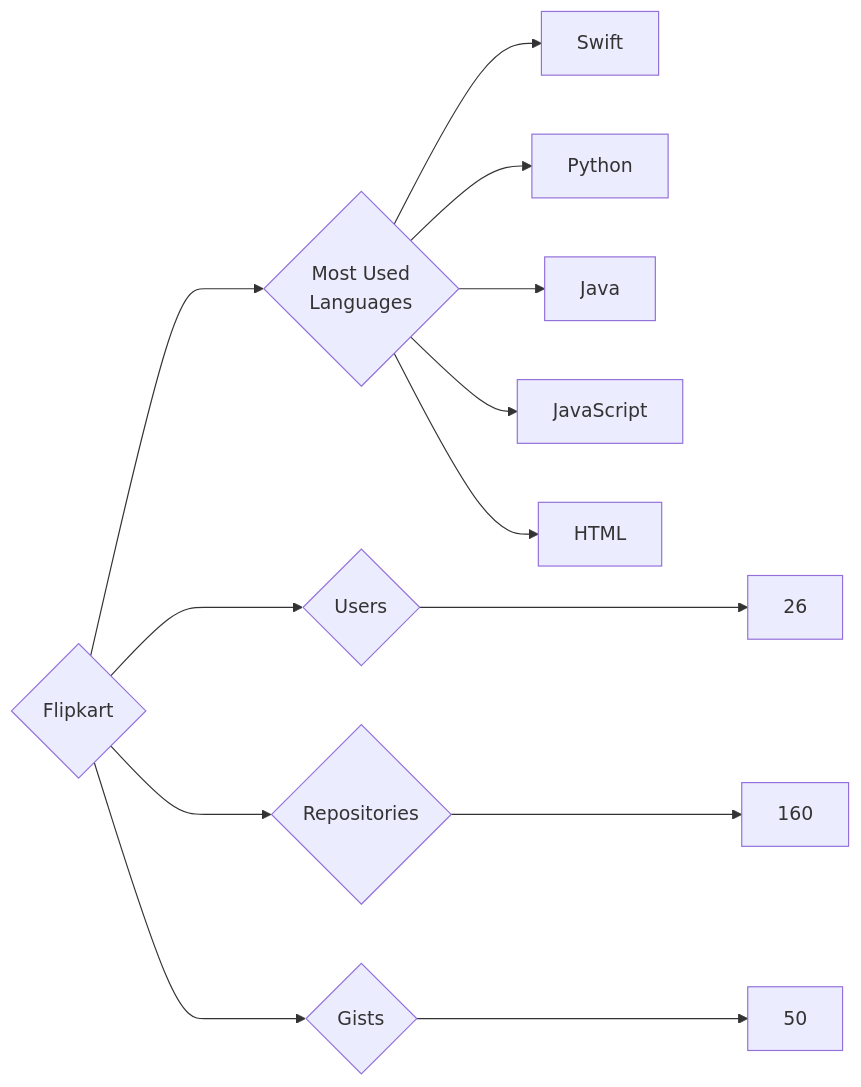
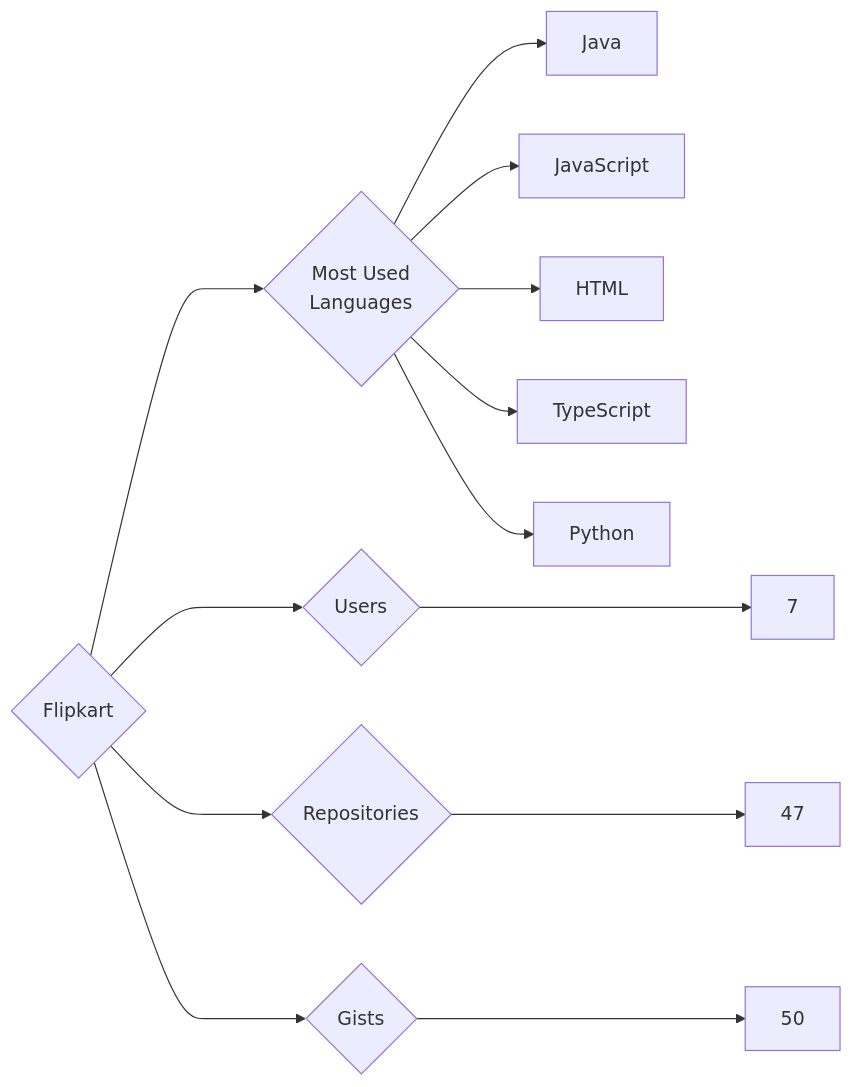
Before and after one commit to trickest/insiders: the diagram in targets/Flipkart/README.md, drawn with Mermaid. The commit also changed 545 other files, not shown here.

````diff
--- a/targets/Flipkart/README.md
+++ b/targets/Flipkart/README.md
@@ -3,13 +3,13 @@
 ```mermaid
 graph LR
 COMPANY_NAME{Flipkart}
-COMPANY_NAME ---> U{Users} ---> UN[26]
-COMPANY_NAME ---> R{Repositories} ---> RN[160]
+COMPANY_NAME ---> U{Users} ---> UN[7]
+COMPANY_NAME ---> R{Repositories} ---> RN[47]
 COMPANY_NAME ---> G{Gists} ---> GN[50]
 COMPANY_NAME ---> ML{Most Used<br>Languages}
-ML --> Swift[Swift]
-ML --> Python[Python]
 ML --> Java[Java]
 ML --> JavaScript[JavaScript]
 ML --> HTML[HTML]
+ML --> TypeScript[TypeScript]
+ML --> Python[Python]
 ```
````
